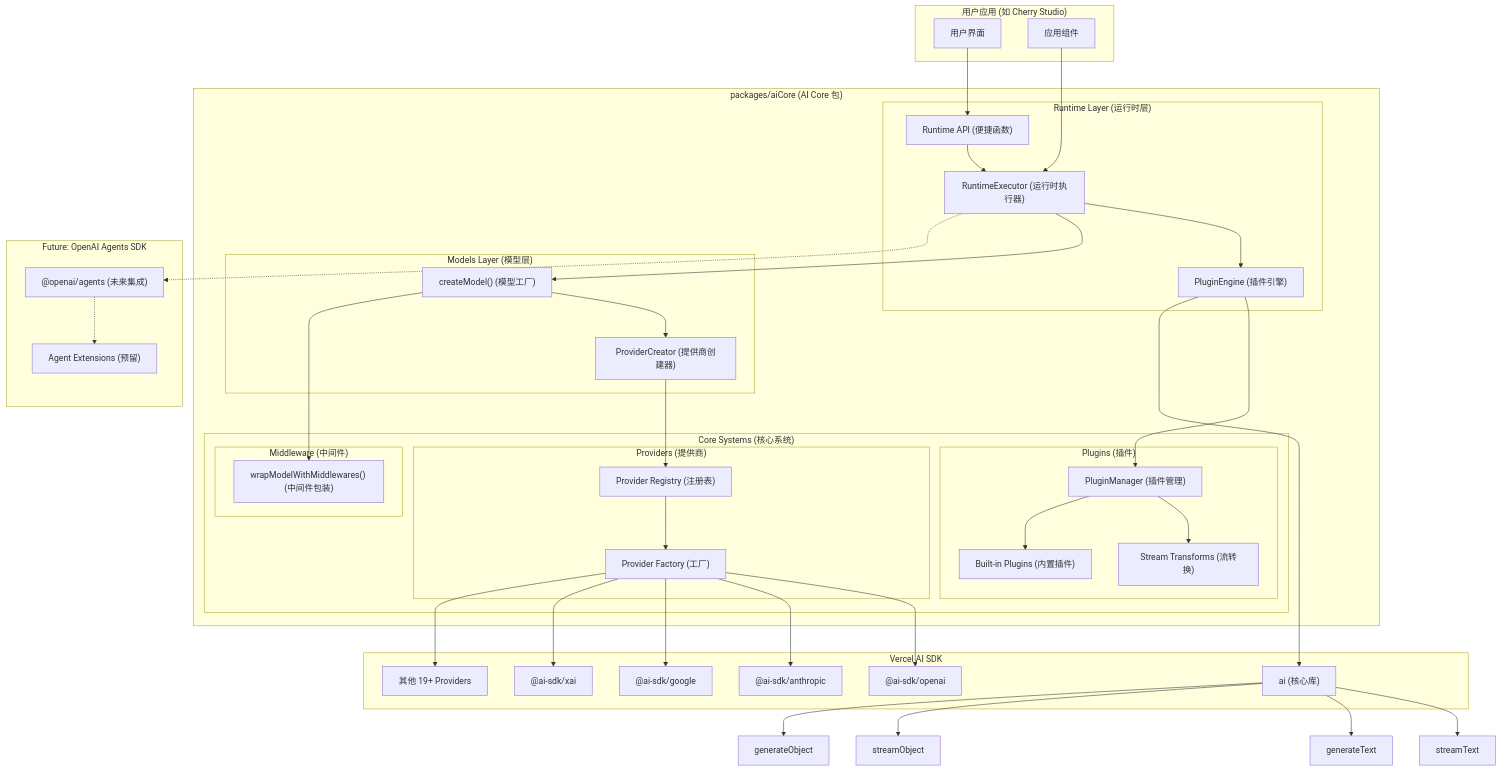
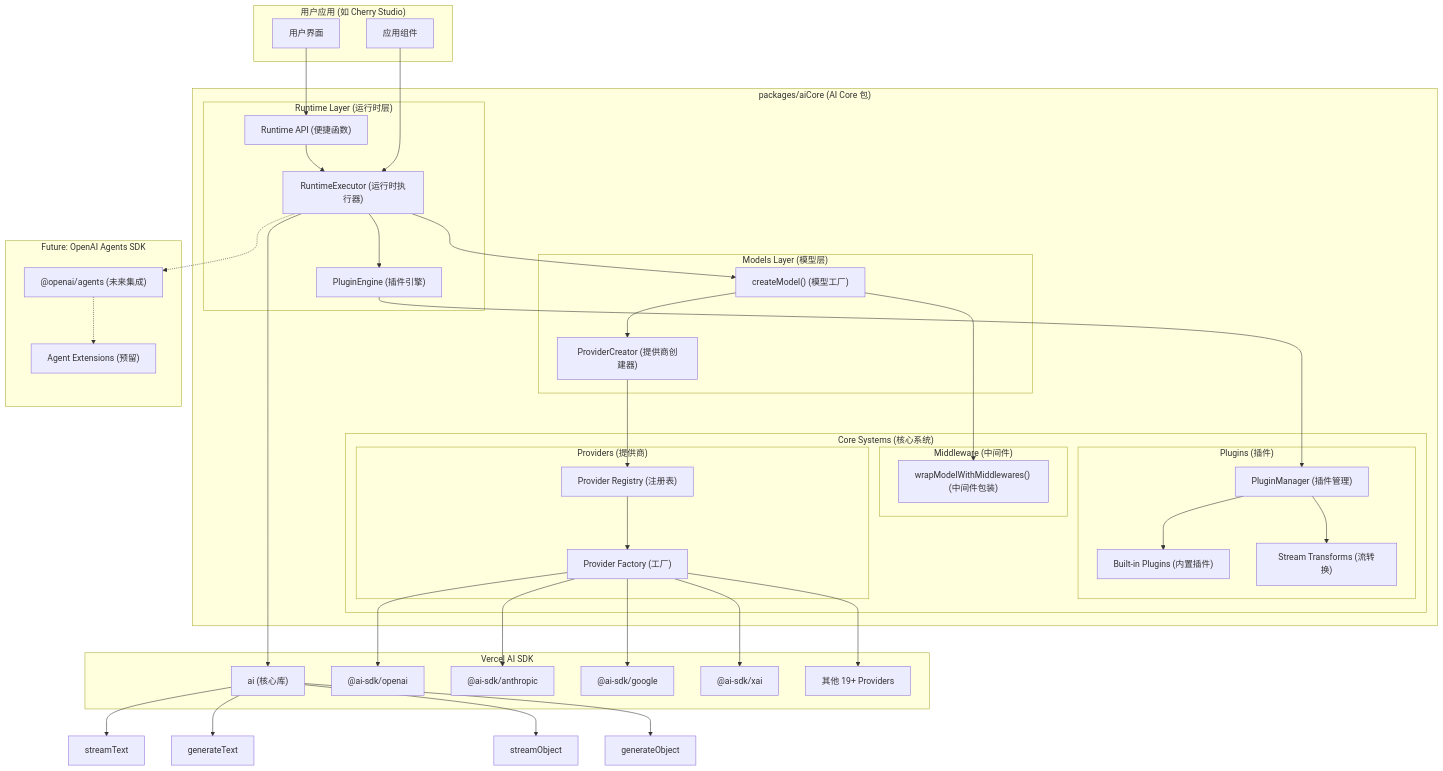
The diagram in packages/aiCore/AI_SDK_ARCHITECTURE.md (visiontrail/Raven), drawn with Mermaid before and after one commit. The commit also changed other lines of this file and 1 other file, not shown here.

First line of the commit message:
docs: update AI SDK architecture and README for enhanced clarity and new features

````diff
--- a/packages/aiCore/AI_SDK_ARCHITECTURE.md
+++ b/packages/aiCore/AI_SDK_ARCHITECTURE.md
@@ -29,80 +29,80 @@
 ```mermaid
 graph TD
     subgraph "用户应用 (如 Cherry Studio)"
         UI["用户界面"]
         Components["应用组件"]
     end
 
     subgraph "packages/aiCore (AI Core 包)"
         subgraph "Runtime Layer (运行时层)"
             RuntimeExecutor["RuntimeExecutor (运行时执行器)"]
             PluginEngine["PluginEngine (插件引擎)"]
             RuntimeAPI["Runtime API (便捷函数)"]
         end
 
         subgraph "Models Layer (模型层)"
             ModelFactory["createModel() (模型工厂)"]
             ProviderCreator["ProviderCreator (提供商创建器)"]
         end
 
         subgraph "Core Systems (核心系统)"
             subgraph "Plugins (插件)"
                 PluginManager["PluginManager (插件管理)"]
                 BuiltInPlugins["Built-in Plugins (内置插件)"]
                 StreamTransforms["Stream Transforms (流转换)"]
             end
 
             subgraph "Middleware (中间件)"
                 MiddlewareWrapper["wrapModelWithMiddlewares() (中间件包装)"]
             end
 
             subgraph "Providers (提供商)"
                 Registry["Provider Registry (注册表)"]
                 Factory["Provider Factory (工厂)"]
             end
         end
     end
 
     subgraph "Vercel AI SDK"
         AICore["ai (核心库)"]
         OpenAI["@ai-sdk/openai"]
         Anthropic["@ai-sdk/anthropic"]
         Google["@ai-sdk/google"]
         XAI["@ai-sdk/xai"]
         Others["其他 19+ Providers"]
     end
 
     subgraph "Future: OpenAI Agents SDK"
         AgentSDK["@openai/agents (未来集成)"]
         AgentExtensions["Agent Extensions (预留)"]
     end
 
     UI --> RuntimeAPI
     Components --> RuntimeExecutor
     RuntimeAPI --> RuntimeExecutor
     RuntimeExecutor --> PluginEngine
     RuntimeExecutor --> ModelFactory
     PluginEngine --> PluginManager
     ModelFactory --> ProviderCreator
     ModelFactory --> MiddlewareWrapper
     ProviderCreator --> Registry
     Registry --> Factory
     Factory --> OpenAI
     Factory --> Anthropic
     Factory --> Google
     Factory --> XAI
     Factory --> Others
 
-    PluginEngine --> AICore
+    RuntimeExecutor --> AICore
     AICore --> streamText
     AICore --> generateText
     AICore --> streamObject
     AICore --> generateObject
 
     PluginManager --> StreamTransforms
     PluginManager --> BuiltInPlugins
 
     %% 未来集成路径
     RuntimeExecutor -.-> AgentSDK
     AgentSDK -.-> AgentExtensions
 ```
````
